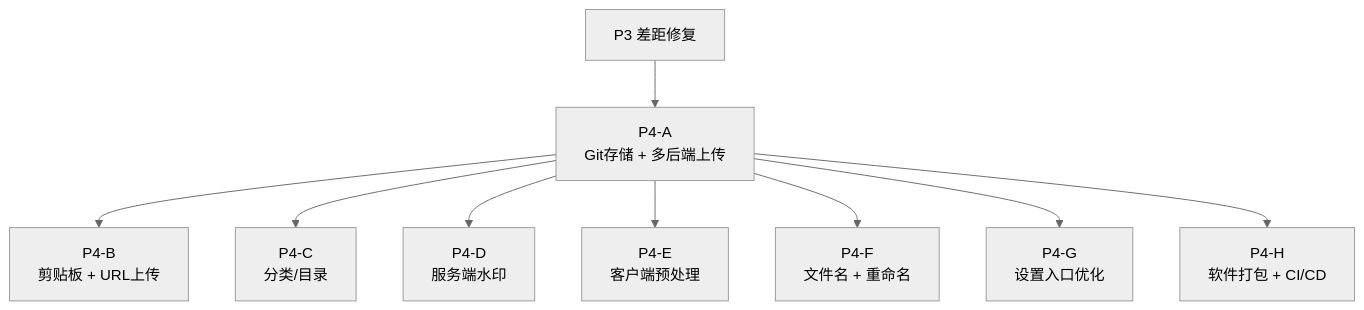
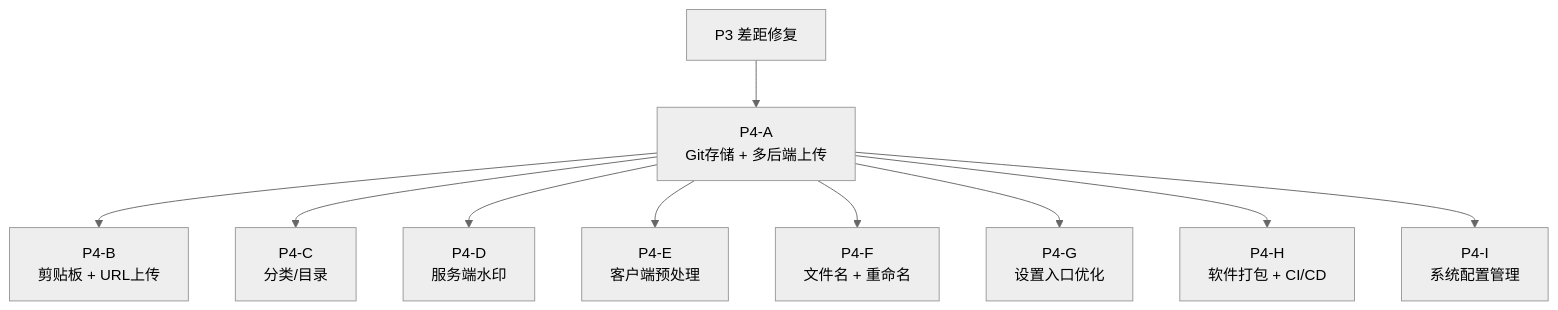
One commit to JeillZhang/pichost changed diagram 11 of 12 in docs/superpowers/specs/2026-07-19-pichost-p4-design.md. Above: the diagram before and after it, drawn with Mermaid (neutral theme). The commit also changed other lines of this file, not shown here.

````diff
--- a/docs/superpowers/specs/2026-07-19-pichost-p4-design.md
+++ b/docs/superpowers/specs/2026-07-19-pichost-p4-design.md
@@ -1527,21 +1668,23 @@
 ```mermaid
 graph TD
     P3["P3 差距修复"]
     P4A["P4-A<br/>Git存储 + 多后端上传"]
     P4B["P4-B<br/>剪贴板 + URL上传"]
     P4C["P4-C<br/>分类/目录"]
     P4D["P4-D<br/>服务端水印"]
     P4E["P4-E<br/>客户端预处理"]
     P4F["P4-F<br/>文件名 + 重命名"]
     P4G["P4-G<br/>设置入口优化"]
     P4H["P4-H<br/>软件打包 + CI/CD"]
+    P4I["P4-I<br/>系统配置管理"]
 
     P3 --> P4A
     P4A --> P4B
     P4A --> P4C
     P4A --> P4D
     P4A --> P4E
     P4A --> P4F
     P4A --> P4G
     P4A --> P4H
+    P4A --> P4I
 ```
````
